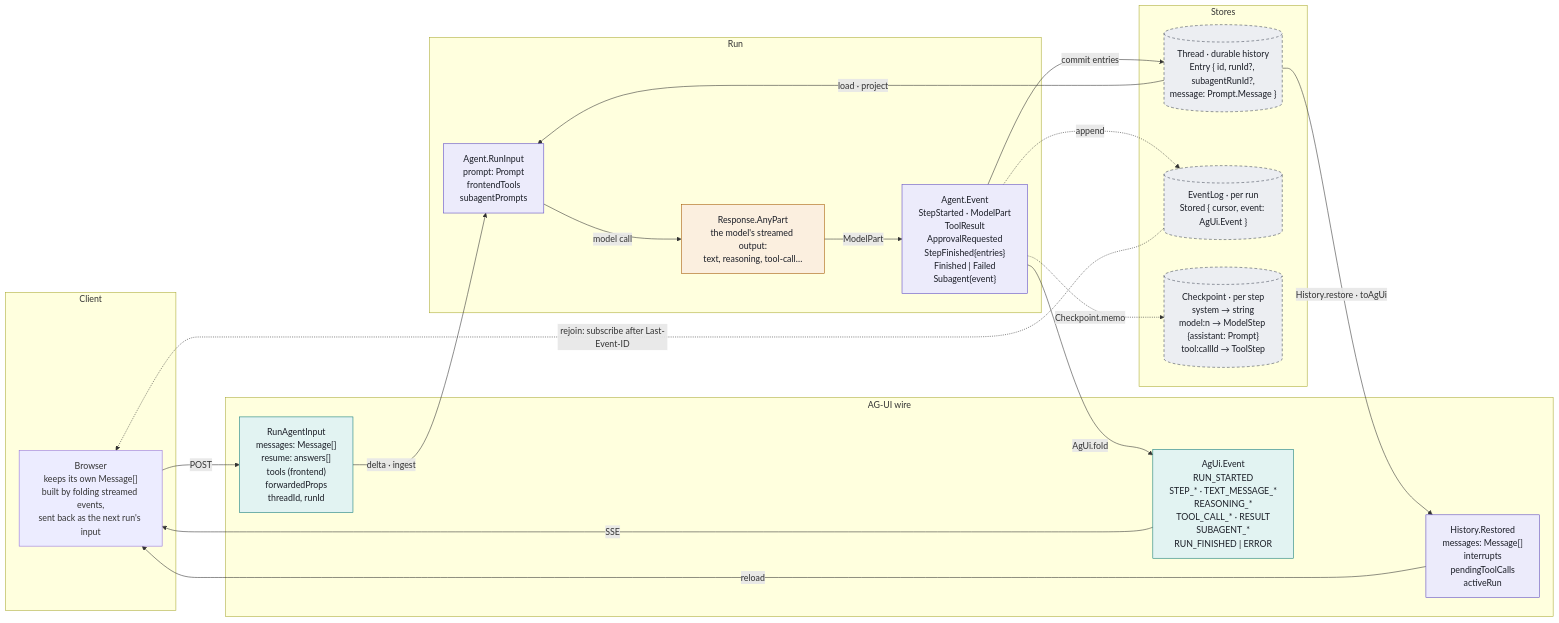
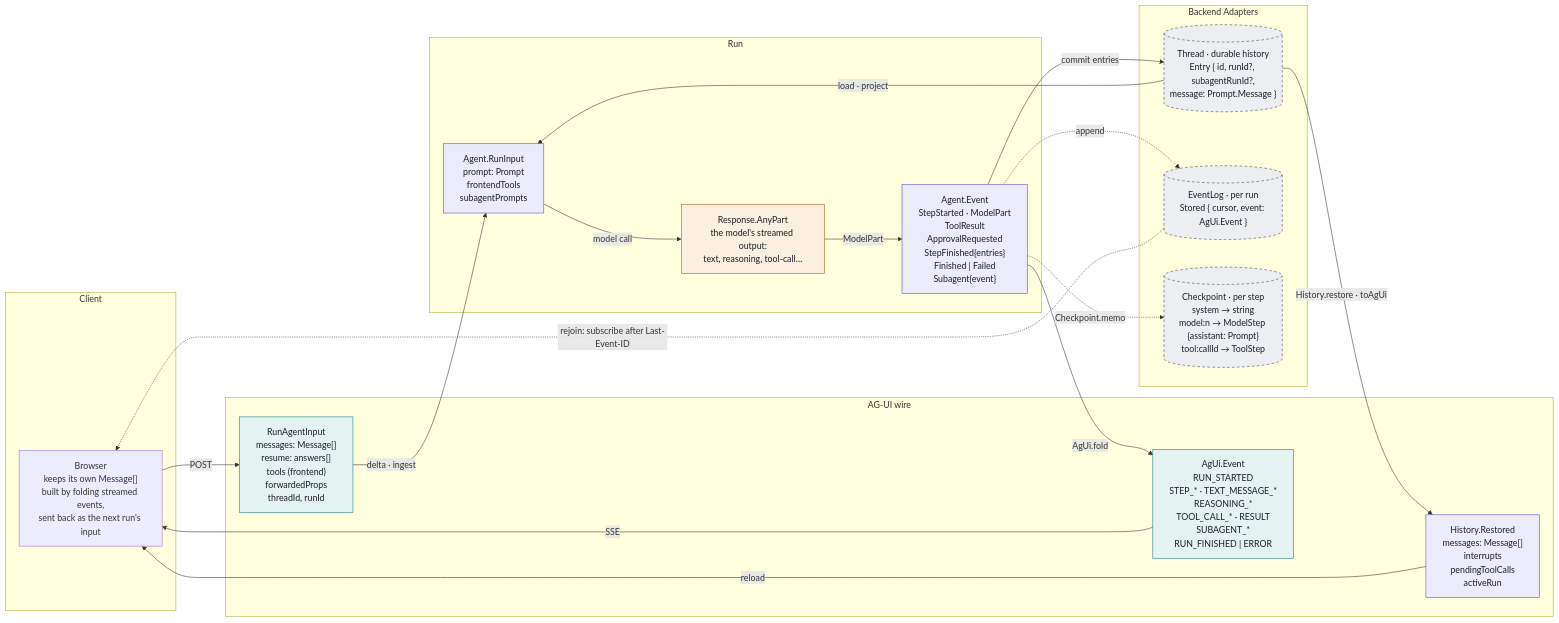
The diagram in docs/architecture.md (jasonblanchard/effect-agent-harness), drawn with Mermaid before and after one commit. The commit also changed 1 other file, not shown here.

````diff
--- a/docs/architecture.md
+++ b/docs/architecture.md
@@ -20,44 +20,44 @@
 ```mermaid
 flowchart LR
   subgraph Client
     B["Browser<br/>keeps its own Message[]<br/>built by folding streamed events,<br/>sent back as the next run's input"]
   end
   subgraph Wire["AG-UI wire"]
     RAI["RunAgentInput<br/>messages: Message[]<br/>resume: answers[]<br/>tools (frontend)<br/>forwardedProps<br/>threadId, runId"]
     EV["AgUi.Event<br/>RUN_STARTED<br/>STEP_* · TEXT_MESSAGE_*<br/>REASONING_*<br/>TOOL_CALL_* · RESULT<br/>SUBAGENT_*<br/>RUN_FINISHED | ERROR"]
     RES["History.Restored<br/>messages: Message[]<br/>interrupts<br/>pendingToolCalls<br/>activeRun"]
   end
   subgraph Run
     RI["Agent.RunInput<br/>prompt: Prompt<br/>frontendTools<br/>subagentPrompts"]
     RP["Response.AnyPart<br/>the model's streamed output:<br/>text, reasoning, tool-call…"]
     AE["Agent.Event<br/>StepStarted · ModelPart<br/>ToolResult<br/>ApprovalRequested<br/>StepFinished{entries}<br/>Finished | Failed<br/>Subagent{event}"]
   end
-  subgraph Stores
+  subgraph Backend Adapters
     TH[("Thread · durable history<br/>Entry { id, runId?, subagentRunId?,<br/>message: Prompt.Message }")]
     EL[("EventLog · per run<br/>Stored { cursor, event: AgUi.Event }")]
     CP[("Checkpoint · per step<br/>system → string<br/>model:n → ModelStep {assistant: Prompt}<br/>tool:callId → ToolStep")]
   end
 
   B -->|"POST"| RAI
   RAI -->|"delta · ingest"| RI
   TH -->|"load · project"| RI
   RI -->|"model call"| RP
   RP -->|"ModelPart"| AE
   AE -->|"AgUi.fold"| EV
   EV -->|"SSE"| B
   AE -->|"commit entries"| TH
   AE -.->|"append"| EL
   AE -.->|"Checkpoint.memo"| CP
   TH -->|"History.restore · toAgUi"| RES
   RES -->|"reload"| B
   EL -.->|"rejoin: subscribe after Last-Event-ID"| B
 
   classDef wire fill:#e2f3f2,stroke:#0f7a78,color:#1b1e27
   classDef model fill:#fbefdf,stroke:#a35a00,color:#1b1e27
   classDef own fill:#ecebfb,stroke:#5a45c4,color:#1b1e27
   classDef store fill:#eceef2,stroke:#3d4454,stroke-dasharray:5 4,color:#1b1e27
   class RAI,EV wire
   class RP model
   class RES,RI,AE own
   class TH,EL,CP store
 ```
````
